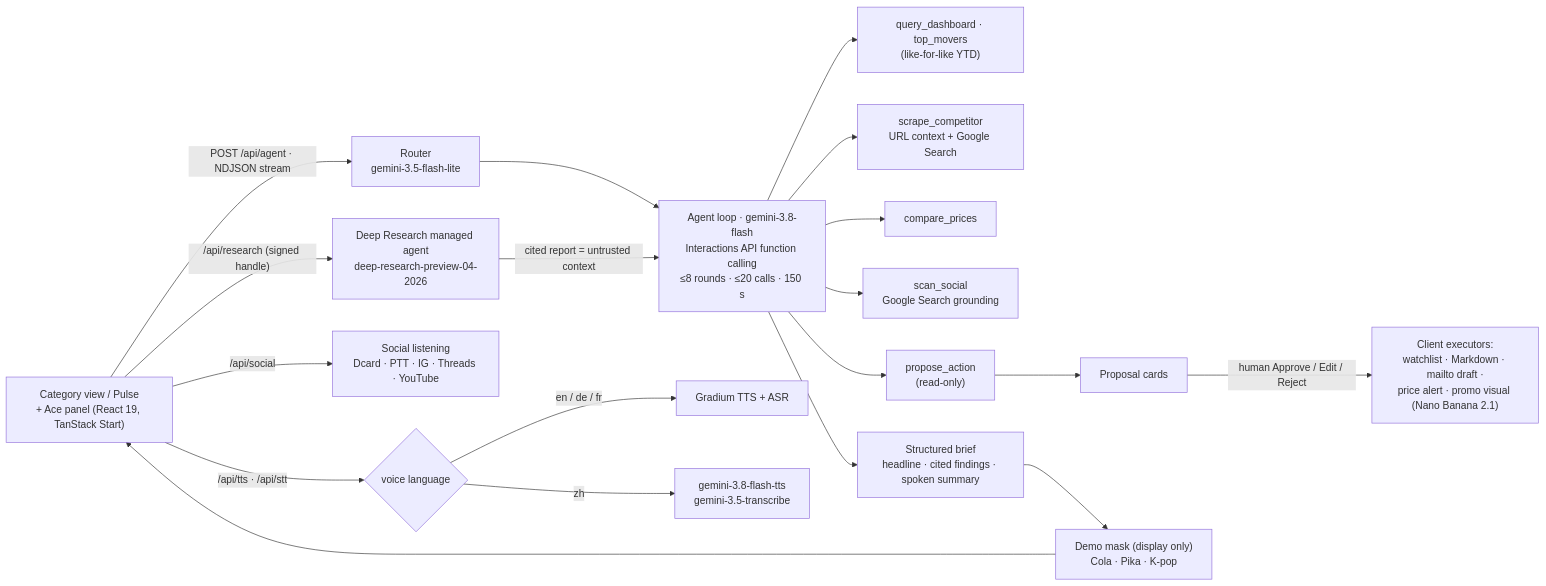
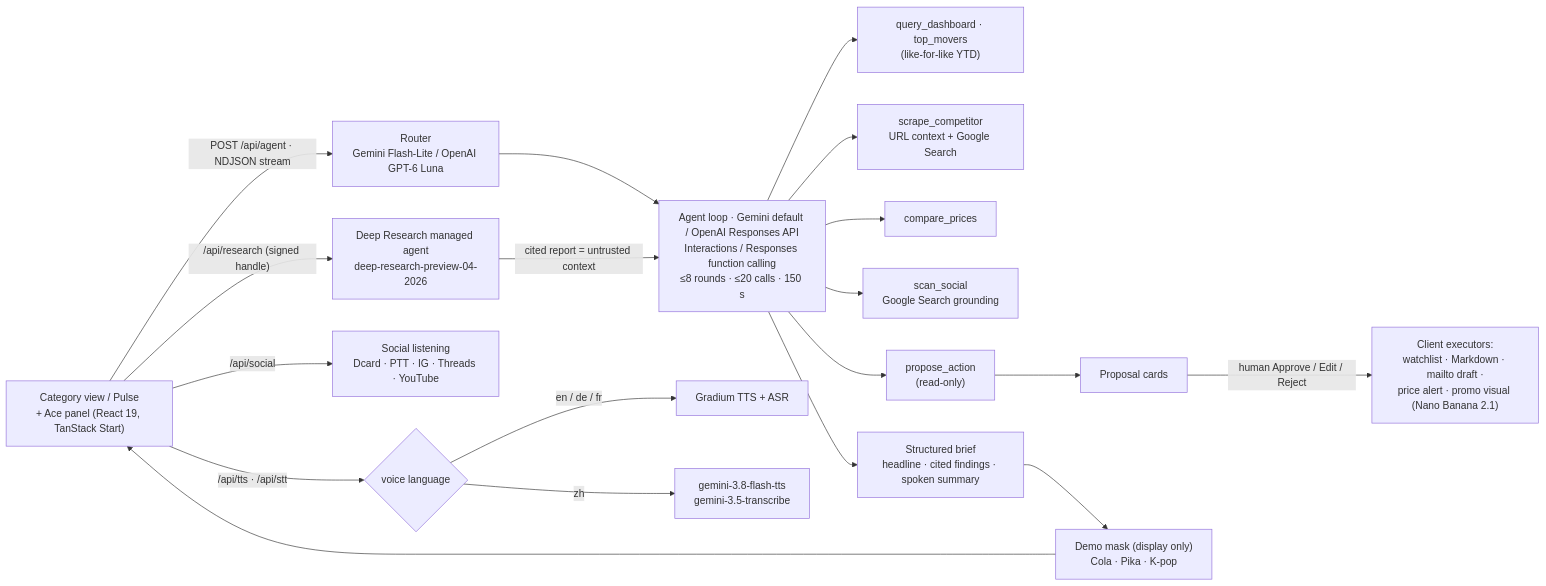
One commit to Grace9393/cokezerope-marketing changed the diagram in README.md. Above: the diagram before and after it, drawn with Mermaid. The commit also changed other lines of this file and 2 other files, not shown here.

````diff
--- a/README.md
+++ b/README.md
@@ -55,21 +55,21 @@
 ```mermaid
 flowchart LR
-  UI["Category view / Pulse<br/>+ Ace panel (React 19, TanStack Start)"] -->|"POST /api/agent · NDJSON stream"| R["Router<br/>gemini-3.5-flash-lite"]
-  R --> L["Agent loop · gemini-3.8-flash<br/>Interactions API function calling<br/>≤8 rounds · ≤20 calls · 150 s"]
+  UI["Category view / Pulse<br/>+ Ace panel (React 19, TanStack Start)"] -->|"POST /api/agent · NDJSON stream"| R["Router<br/>Gemini Flash-Lite / OpenAI GPT-6 Luna"]
+  R --> L["Agent loop · Gemini default / OpenAI Responses API<br/>Interactions / Responses function calling<br/>≤8 rounds · ≤20 calls · 150 s"]
   L --> T1["query_dashboard · top_movers<br/>(like-for-like YTD)"]
   L --> T2["scrape_competitor<br/>URL context + Google Search"]
   L --> T3["compare_prices"]
   L --> T5["scan_social<br/>Google Search grounding"]
   L --> T4["propose_action<br/>(read-only)"]
   T4 --> P["Proposal cards"]
   P -->|"human Approve / Edit / Reject"| X["Client executors:<br/>watchlist · Markdown · mailto draft ·<br/>price alert · promo visual (Nano Banana 2.1)"]
   L --> B["Structured brief<br/>headline · cited findings · spoken summary"]
   B --> M["Demo mask (display only)<br/>Cola · Pika · K-pop"]
   M --> UI
   UI -->|"/api/tts · /api/stt"| V{"voice language"}
   V -->|"en / de / fr"| G["Gradium TTS + ASR"]
   V -->|"zh"| GZ["gemini-3.8-flash-tts<br/>gemini-3.5-transcribe"]
   UI -->|"/api/social"| SL["Social listening<br/>Dcard · PTT · IG · Threads · YouTube"]
   UI -->|"/api/research (signed handle)"| DR["Deep Research managed agent<br/>deep-research-preview-04-2026"]
   DR -->|"cited report = untrusted context"| L
 ```
````
